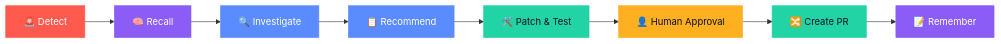
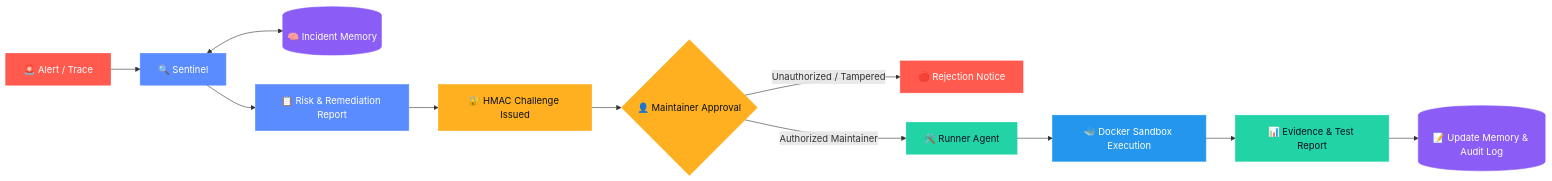
The diagram in README.md (loksai-codes/DevPulse), drawn with Mermaid before and after one commit. The commit also changed other lines of this file, not shown here.

````diff
--- a/README.md
+++ b/README.md
@@ -71,19 +58,25 @@
 ```mermaid
 flowchart LR
-    A["🚨 Detect"] --> B["🧠 Recall"]
-    B --> C["🔍 Investigate"]
-    C --> D["📋 Recommend"]
-    D --> E["🛠️ Patch & Test"]
-    E --> F["👤 Human Approval"]
-    F --> G["🔀 Create PR"]
-    G --> H["📝 Remember"]
+    A["🚨 Alert / Trace"] --> B["🔍 Sentinel"]
+    B <--> C[("🧠 Incident Memory")]
+    B --> D["📋 Risk & Remediation Report"]
+    D --> E["🔐 HMAC Challenge Issued"]
+    E --> F{"👤 Maintainer Approval"}
+    F -- "Unauthorized / Tampered" --> G["🛑 Rejection Notice"]
+    F -- "Authorized Maintainer" --> H["🛠️ Runner Agent"]
+    H --> I["🐳 Docker Sandbox Execution"]
+    I --> J["📊 Evidence & Test Report"]
+    J --> K[("📝 Update Memory & Audit Log")]
 
     style A fill:#FF5A4D,stroke:#FF5A4D,color:#fff
-    style B fill:#8B5CF6,stroke:#8B5CF6,color:#fff
-    style C fill:#5B8CFF,stroke:#5B8CFF,color:#fff
+    style B fill:#5B8CFF,stroke:#5B8CFF,color:#fff
+    style C fill:#8B5CF6,stroke:#8B5CF6,color:#fff
     style D fill:#5B8CFF,stroke:#5B8CFF,color:#fff
-    style E fill:#22D3A6,stroke:#22D3A6,color:#0B1020
+    style E fill:#FFB020,stroke:#FFB020,color:#0B1020
     style F fill:#FFB020,stroke:#FFB020,color:#0B1020
-    style G fill:#22D3A6,stroke:#22D3A6,color:#0B1020
-    style H fill:#8B5CF6,stroke:#8B5CF6,color:#fff
+    style G fill:#FF5A4D,stroke:#FF5A4D,color:#fff
+    style H fill:#22D3A6,stroke:#22D3A6,color:#0B1020
+    style I fill:#2496ED,stroke:#2496ED,color:#fff
+    style J fill:#22D3A6,stroke:#22D3A6,color:#0B1020
+    style K fill:#8B5CF6,stroke:#8B5CF6,color:#fff
 ```
````
